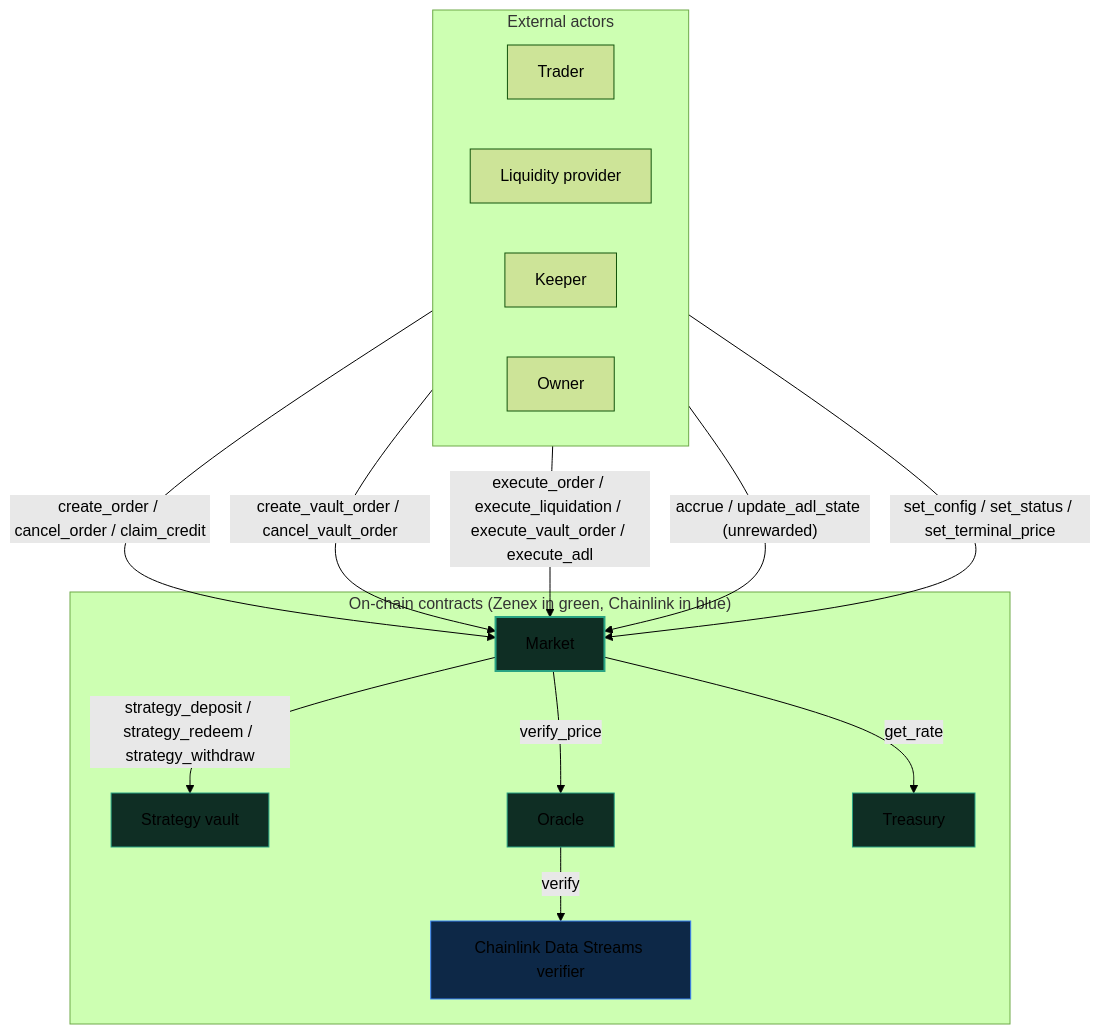
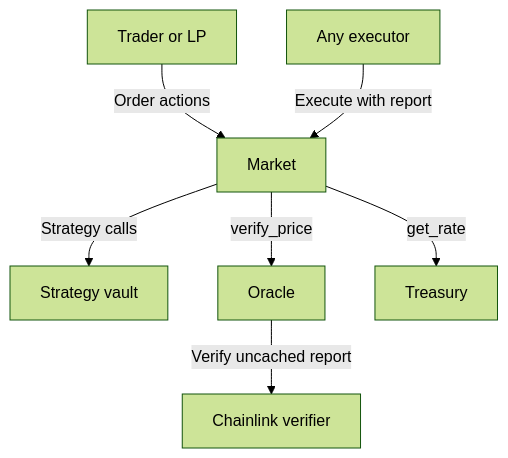
Before and after one commit to zenith-protocols/zenex-docs: the first of 2 diagrams in technical/index.md, drawn with Mermaid (forest theme). The commit also changed other lines of this file and 99 other files, not shown here.

Commit message:
docs: simplify guides, clarify architecture, and pause integrations

````diff
--- a/technical/index.md
+++ b/technical/index.md
@@ -14,35 +28,9 @@
 ```mermaid
 flowchart TB
-    subgraph Actors["External actors"]
-        direction LR
-        Trader["Trader"]
-        LP["Liquidity provider"]
-        Keeper["Keeper"]
-        Owner["Owner"]
-    end
-
-    subgraph Contracts["On-chain contracts (Zenex in green, Chainlink in blue)"]
-        Market["Market"]
-        Vault["Strategy vault"]
-        Oracle["Oracle"]
-        Treasury["Treasury"]
-        Verifier["Chainlink Data Streams verifier"]
-    end
-
-    Trader -->|"create_order / cancel_order / claim_credit"| Market
-    LP -->|"create_vault_order / cancel_vault_order"| Market
-    Keeper -->|"execute_order / execute_liquidation / execute_vault_order / execute_adl"| Market
-    Keeper -->|"accrue / update_adl_state (unrewarded)"| Market
-    Owner -->|"set_config / set_status / set_terminal_price"| Market
-
-    Market -->|"verify_price"| Oracle
-    Oracle -->|"verify"| Verifier
-    Market -->|"strategy_deposit / strategy_redeem / strategy_withdraw"| Vault
-    Market -->|"get_rate"| Treasury
-
-    style Market fill:#0f2e24,stroke:#29a383,stroke-width:2px
-    style Vault fill:#0f2e24,stroke:#29a383
-    style Oracle fill:#0f2e24,stroke:#29a383
-    style Treasury fill:#0f2e24,stroke:#29a383
-    style Verifier fill:#0d2847,stroke:#3b82f6
+    User["Trader or LP"] -->|"Order actions"| Market["Market"]
+    Executor["Any executor"] -->|"Execute with report"| Market
+    Market -->|"Strategy calls"| Vault["Strategy vault"]
+    Market -->|"verify_price"| Oracle["Oracle"]
+    Market -->|"get_rate"| Treasury["Treasury"]
+    Oracle -->|"Verify uncached report"| Verifier["Chainlink verifier"]
 ```
````
